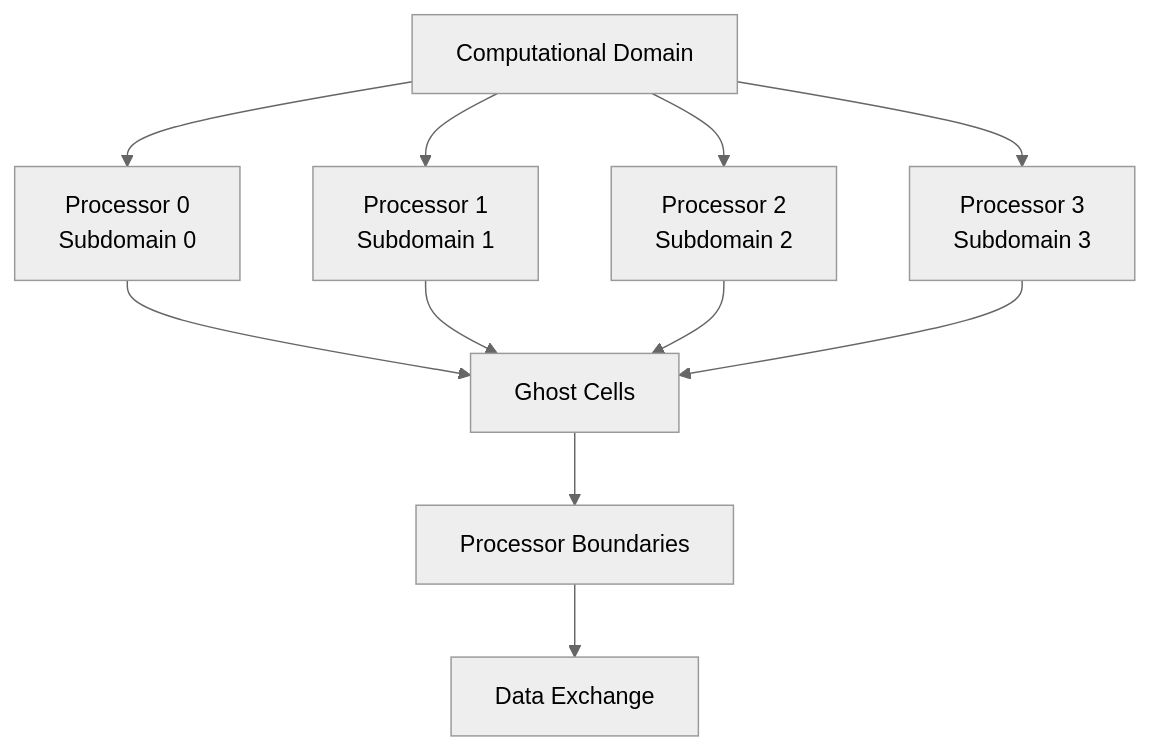
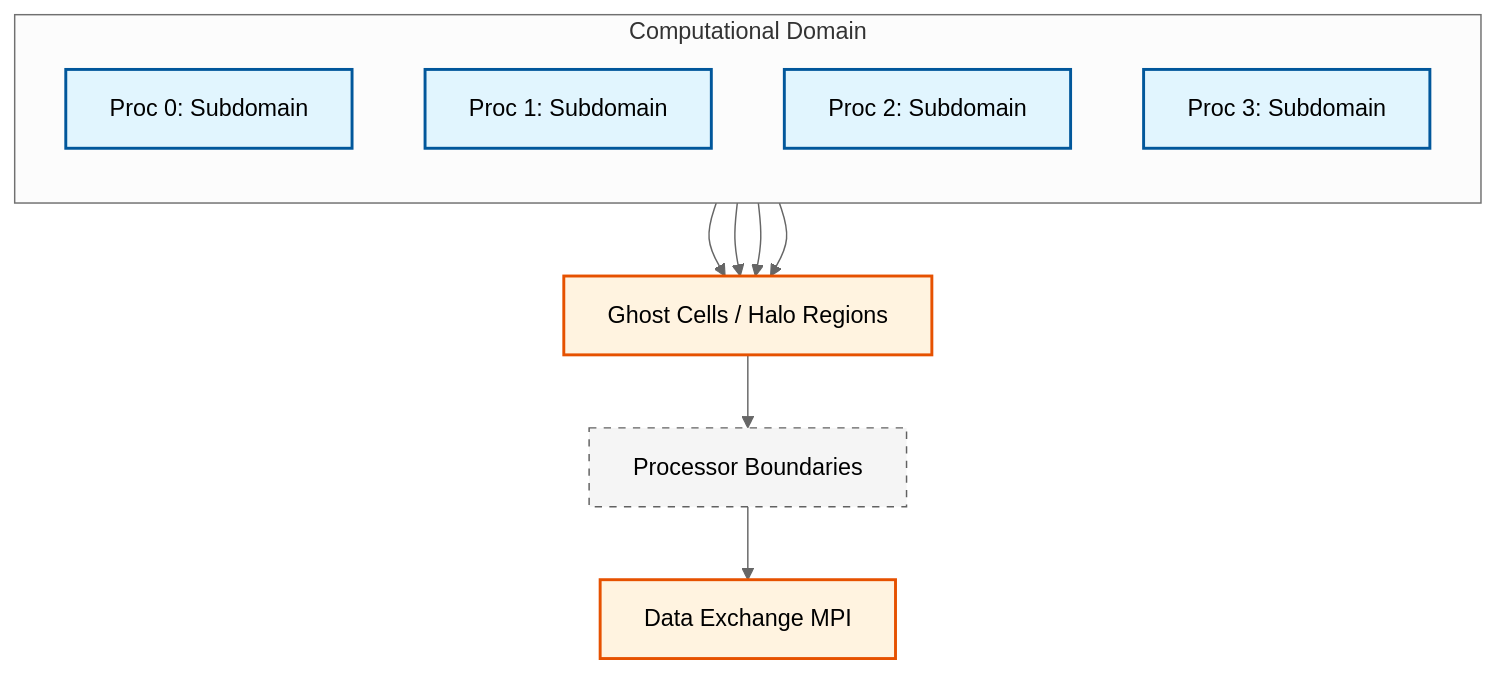
The first of 3 diagrams in MODULE_04_MULTIPHASE_FUNDAMENTALS/CONTENT/09_IMPLEMENTATION_ARCHITECTURE/05_Parallel_Implementation.md (wramet/build-my-cfd), drawn with Mermaid (neutral theme) before and after one commit. The commit also changed other lines of this file and 313 other files, not shown here.

Commit message:
Revise all diagram

````diff
--- a/MODULE_04_MULTIPHASE_FUNDAMENTALS/CONTENT/09_IMPLEMENTATION_ARCHITECTURE/05_Parallel_Implementation.md
+++ b/MODULE_04_MULTIPHASE_FUNDAMENTALS/CONTENT/09_IMPLEMENTATION_ARCHITECTURE/05_Parallel_Implementation.md
@@ -22,15 +22,16 @@
 ```mermaid
 flowchart TD
-    A[Computational Domain] --> B[Processor 0<br/>Subdomain 0]
-    A --> C[Processor 1<br/>Subdomain 1]
-    A --> D[Processor 2<br/>Subdomain 2]
-    A --> E[Processor 3<br/>Subdomain 3]
-
-    B --> F[Ghost Cells]
-    C --> F
-    D --> F
-    E --> F
-
-    F --> G[Processor Boundaries]
-    G --> H[Data Exchange]
+classDef implicit fill:#e1f5fe,stroke:#01579b,stroke-width:2px,color:#000
+classDef explicit fill:#fff3e0,stroke:#e65100,stroke-width:2px,color:#000
+classDef context fill:#f5f5f5,stroke:#616161,stroke-width:1px,color:#000,stroke-dasharray: 5 5
+subgraph Domain[Computational Domain]
+    direction TB
+    B[Proc 0: Subdomain]:::implicit
+    C[Proc 1: Subdomain]:::implicit
+    D[Proc 2: Subdomain]:::implicit
+    E[Proc 3: Subdomain]:::implicit
+end
+B & C & D & E --> F[Ghost Cells / Halo Regions]:::explicit
+F --> G[Processor Boundaries]:::context
+G --> H[Data Exchange MPI]:::explicit
 ```
````
